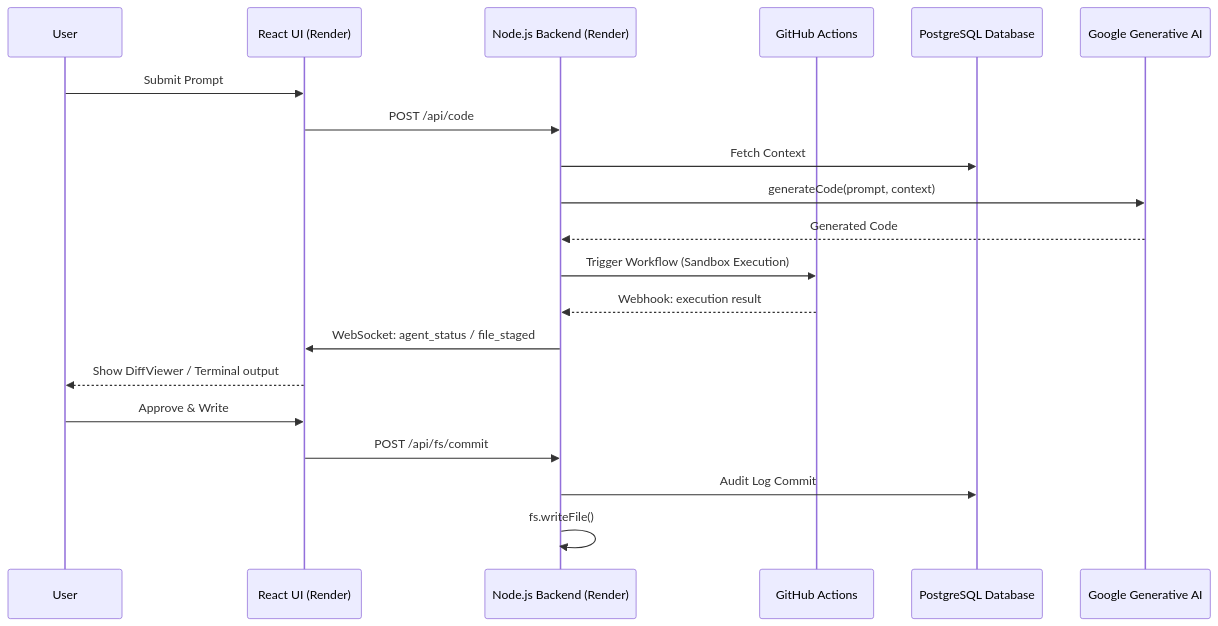
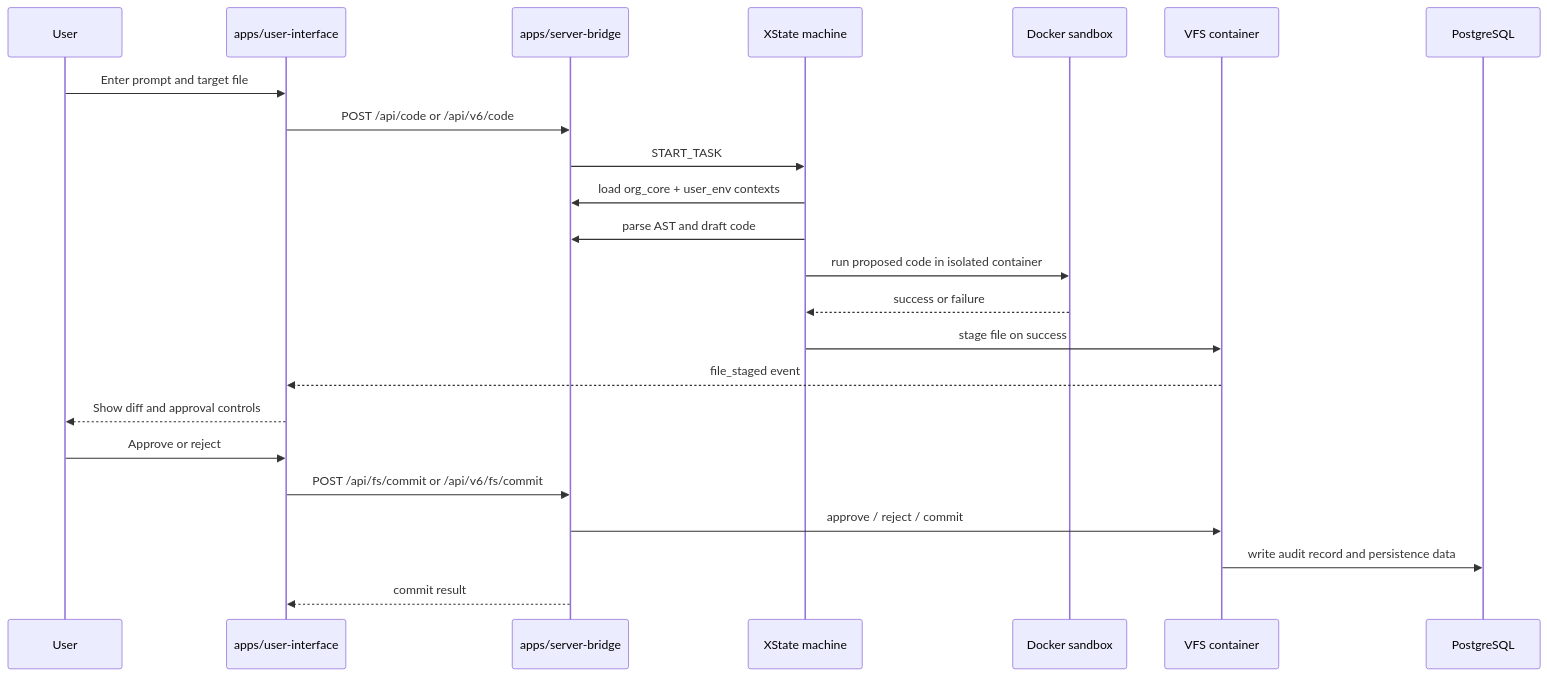
Before and after one commit to johan-droid/Vibe-Hub: the diagram in docs/technical/dataflow.md, drawn with Mermaid. The commit also changed other lines of this file and 73 other files, not shown here.

````diff
--- a/docs/technical/dataflow.md
+++ b/docs/technical/dataflow.md
@@ -3,23 +3,26 @@
 ```mermaid
 sequenceDiagram
     participant User
-    participant Frontend as React UI (Render)
-    participant Backend as Node.js Backend (Render)
-    participant GHA as GitHub Actions
-    participant DB as PostgreSQL Database
-    participant LLM as Google Generative AI
+    participant UI as apps/user-interface
+    participant Server as apps/server-bridge
+    participant State as XState machine
+    participant Sandbox as Docker sandbox
+    participant VFS as VFS container
+    participant DB as PostgreSQL
 
-    User->>Frontend: Submit Prompt
-    Frontend->>Backend: POST /api/code
-    Backend->>DB: Fetch Context
-    Backend->>LLM: generateCode(prompt, context)
-    LLM-->>Backend: Generated Code
-    Backend->>GHA: Trigger Workflow (Sandbox Execution)
-    GHA-->>Backend: Webhook: execution result
-    Backend->>Frontend: WebSocket: agent_status / file_staged
-    Frontend-->>User: Show DiffViewer / Terminal output
-    User->>Frontend: Approve & Write
-    Frontend->>Backend: POST /api/fs/commit
-    Backend->>DB: Audit Log Commit
-    Backend->>Backend: fs.writeFile()
+    User->>UI: Enter prompt and target file
+    UI->>Server: POST /api/code or /api/v6/code
+    Server->>State: START_TASK
+    State->>Server: load org_core + user_env contexts
+    State->>Server: parse AST and draft code
+    State->>Sandbox: run proposed code in isolated container
+    Sandbox-->>State: success or failure
+    State->>VFS: stage file on success
+    VFS-->>UI: file_staged event
+    UI-->>User: Show diff and approval controls
+    User->>UI: Approve or reject
+    UI->>Server: POST /api/fs/commit or /api/v6/fs/commit
+    Server->>VFS: approve / reject / commit
+    VFS->>DB: write audit record and persistence data
+    Server-->>UI: commit result
 ```
````
